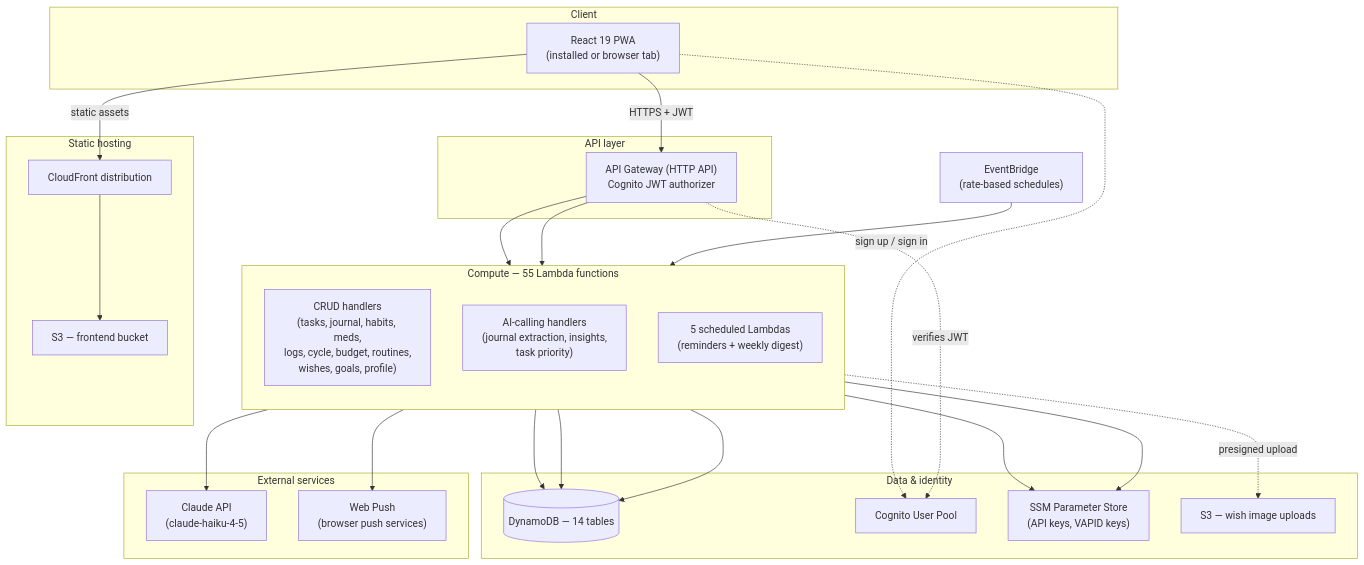
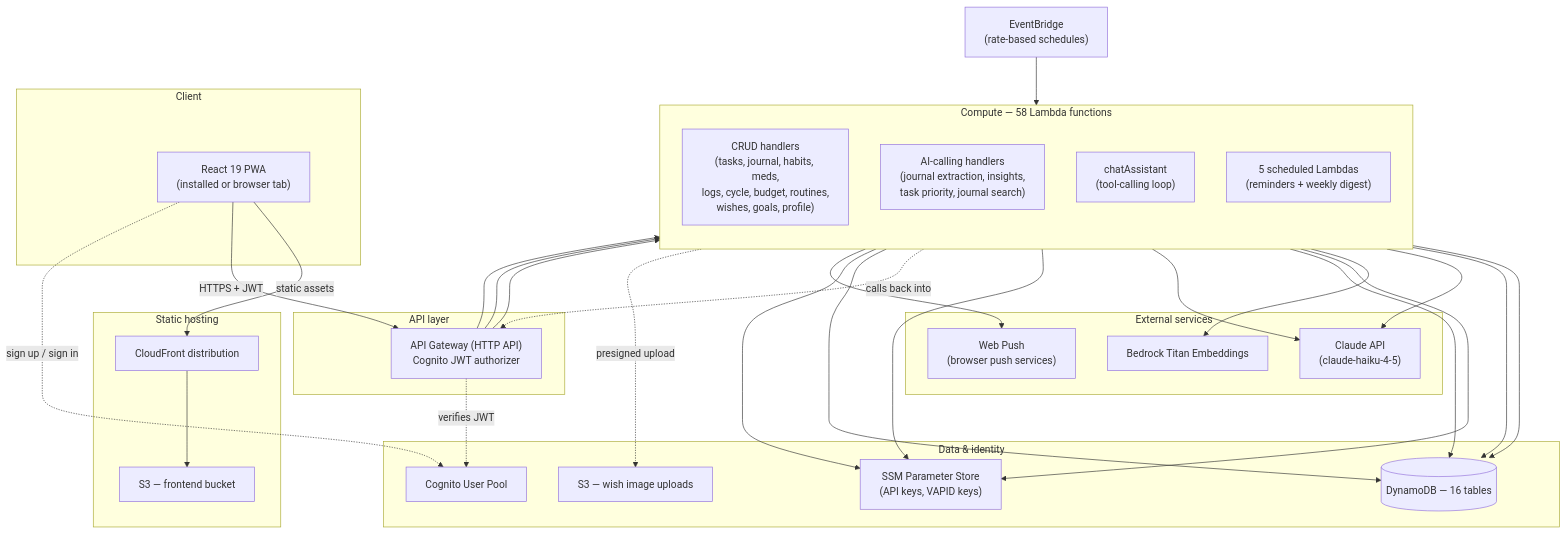
The diagram in docs/ARCHITECTURE.md (pragya0905/LifeOS), drawn with Mermaid before and after one commit. The commit also changed other lines of this file and 2 other files, not shown here.

First line of the commit message:
Update README and design docs for Assistant and Alexa features

````diff
--- a/docs/ARCHITECTURE.md
+++ b/docs/ARCHITECTURE.md
@@ -47,52 +52,60 @@
 ```mermaid
 flowchart TB
     subgraph Client
       PWA["React 19 PWA<br/>(installed or browser tab)"]
     end
 
     subgraph Edge["Static hosting"]
       CF["CloudFront distribution"]
       S3F["S3 — frontend bucket"]
     end
 
     subgraph API["API layer"]
       APIGW["API Gateway (HTTP API)<br/>Cognito JWT authorizer"]
     end
 
-    subgraph Compute["Compute — 55 Lambda functions"]
+    subgraph Compute["Compute — 58 Lambda functions"]
       direction TB
       CRUD["CRUD handlers<br/>(tasks, journal, habits, meds,<br/>logs, cycle, budget, routines,<br/>wishes, goals, profile)"]
-      AICALLS["AI-calling handlers<br/>(journal extraction, insights,<br/>task priority)"]
+      AICALLS["AI-calling handlers<br/>(journal extraction, insights,<br/>task priority, journal search)"]
+      ASSIST["chatAssistant<br/>(tool-calling loop)"]
       SCHED["5 scheduled Lambdas<br/>(reminders + weekly digest)"]
     end
 
     subgraph Data["Data & identity"]
-      DDB[("DynamoDB — 14 tables")]
+      DDB[("DynamoDB — 16 tables")]
       COGNITO["Cognito User Pool"]
       SSM["SSM Parameter Store<br/>(API keys, VAPID keys)"]
       S3W["S3 — wish image uploads"]
     end
 
     subgraph External["External services"]
       CLAUDE["Claude API<br/>(claude-haiku-4-5)"]
+      BEDROCK["Bedrock Titan Embeddings"]
       PUSH["Web Push<br/>(browser push services)"]
     end
 
     EB["EventBridge<br/>(rate-based schedules)"]
 
     PWA -- static assets --> CF --> S3F
     PWA -- HTTPS + JWT --> APIGW
     APIGW --> CRUD
     APIGW --> AICALLS
+    APIGW --> ASSIST
     CRUD --> DDB
     AICALLS --> DDB
     AICALLS --> CLAUDE
+    AICALLS --> BEDROCK
     AICALLS --> SSM
+    ASSIST --> DDB
+    ASSIST --> CLAUDE
+    ASSIST --> SSM
+    ASSIST -. calls back into .-> APIGW
     PWA -. sign up / sign in .-> COGNITO
     APIGW -. verifies JWT .-> COGNITO
     EB --> SCHED
     SCHED --> DDB
     SCHED --> SSM
     SCHED --> PUSH
     CRUD -. presigned upload .-> S3W
 ```
````
